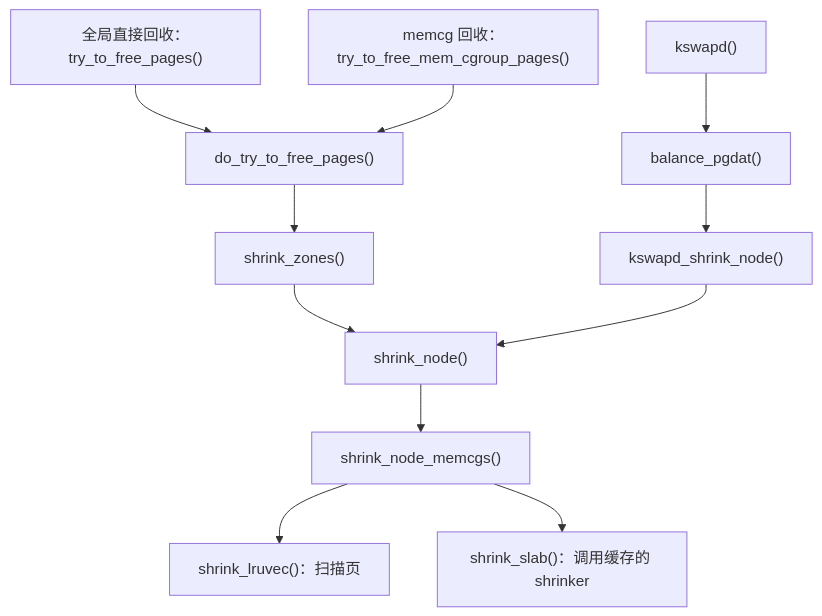
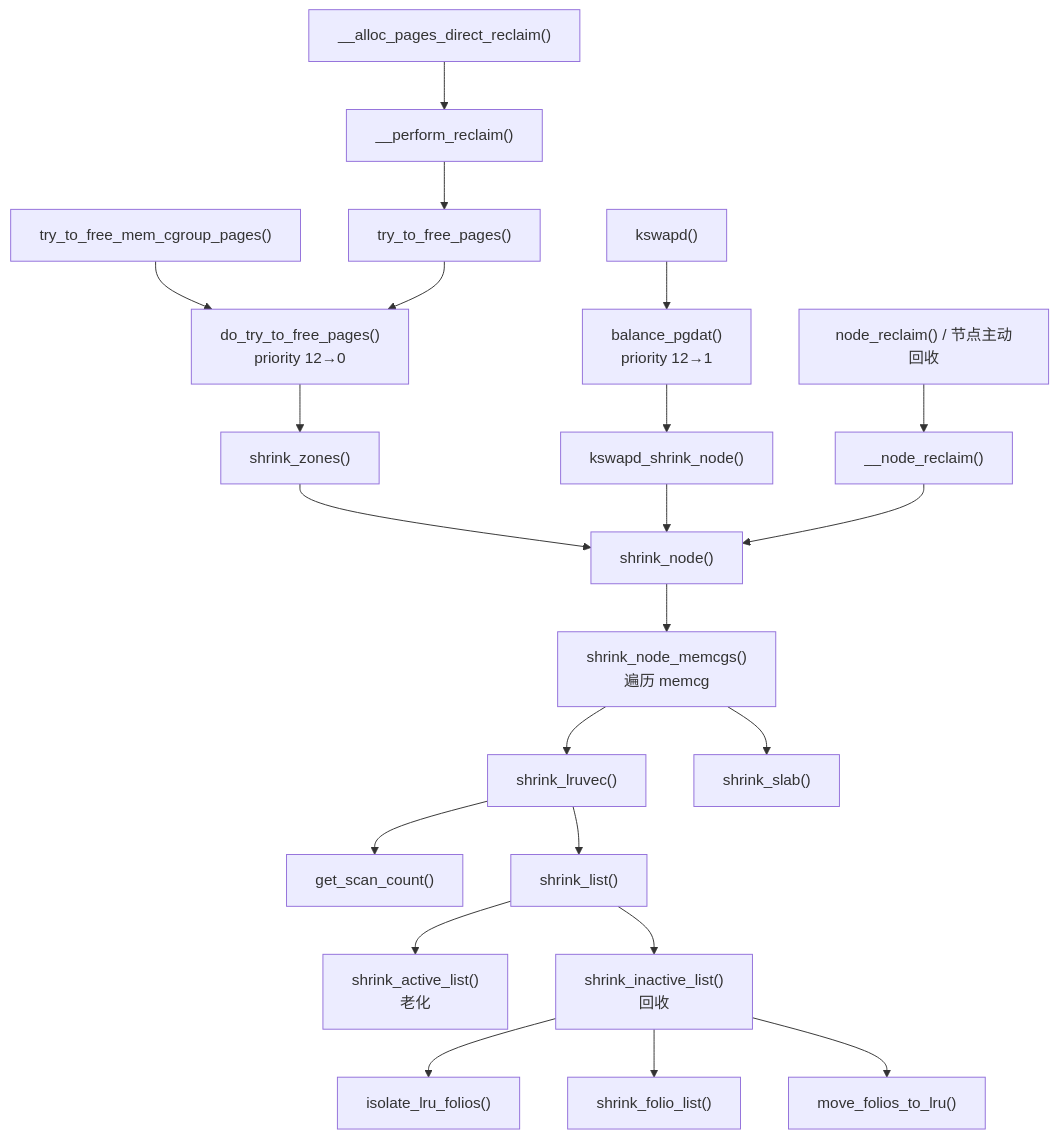
Before and after one commit to linuxperf/linux-study: the second of 7 diagrams in book/memory/reclaim.md, drawn with Mermaid. The commit also changed other lines of this file and 3 other files, not shown here.

````diff
--- a/book/memory/reclaim.md
+++ b/book/memory/reclaim.md
@@ -178,13 +137,24 @@
 ```mermaid
 flowchart TD
-    G["全局直接回收：try_to_free_pages()"] --> D["do_try_to_free_pages()"]
-    M["memcg 回收：try_to_free_mem_cgroup_pages()"] --> D
-    D --> Z["shrink_zones()"]
-    Z --> N["shrink_node()"]
-    K["kswapd()"] --> B["balance_pgdat()"]
-    B --> KS["kswapd_shrink_node()"]
-    KS --> N
-    N --> C["shrink_node_memcgs()"]
-    C --> L["shrink_lruvec()：扫描页"]
-    C --> S["shrink_slab()：调用缓存的 shrinker"]
+    A["__alloc_pages_direct_reclaim()"] --> B["__perform_reclaim()"]
+    B --> TP["try_to_free_pages()"]
+    MC["try_to_free_mem_cgroup_pages()"] --> DT
+    TP --> DT["do_try_to_free_pages()<br/>priority 12→0"]
+    DT --> SZ["shrink_zones()"]
+    SZ --> SN["shrink_node()"]
+    KS["kswapd()"] --> BP["balance_pgdat()<br/>priority 12→1"]
+    BP --> KSN["kswapd_shrink_node()"]
+    KSN --> SN
+    NR["node_reclaim() / 节点主动回收"] --> NN["__node_reclaim()"]
+    NN --> SN
+    SN --> SNM["shrink_node_memcgs()<br/>遍历 memcg"]
+    SNM --> SL["shrink_lruvec()"]
+    SNM --> SS["shrink_slab()"]
+    SL --> GSC["get_scan_count()"]
+    SL --> LST["shrink_list()"]
+    LST --> SAL["shrink_active_list()<br/>老化"]
+    LST --> SIL["shrink_inactive_list()<br/>回收"]
+    SIL --> ISO["isolate_lru_folios()"]
+    SIL --> SFL["shrink_folio_list()"]
+    SIL --> MTL["move_folios_to_lru()"]
 ```
````
